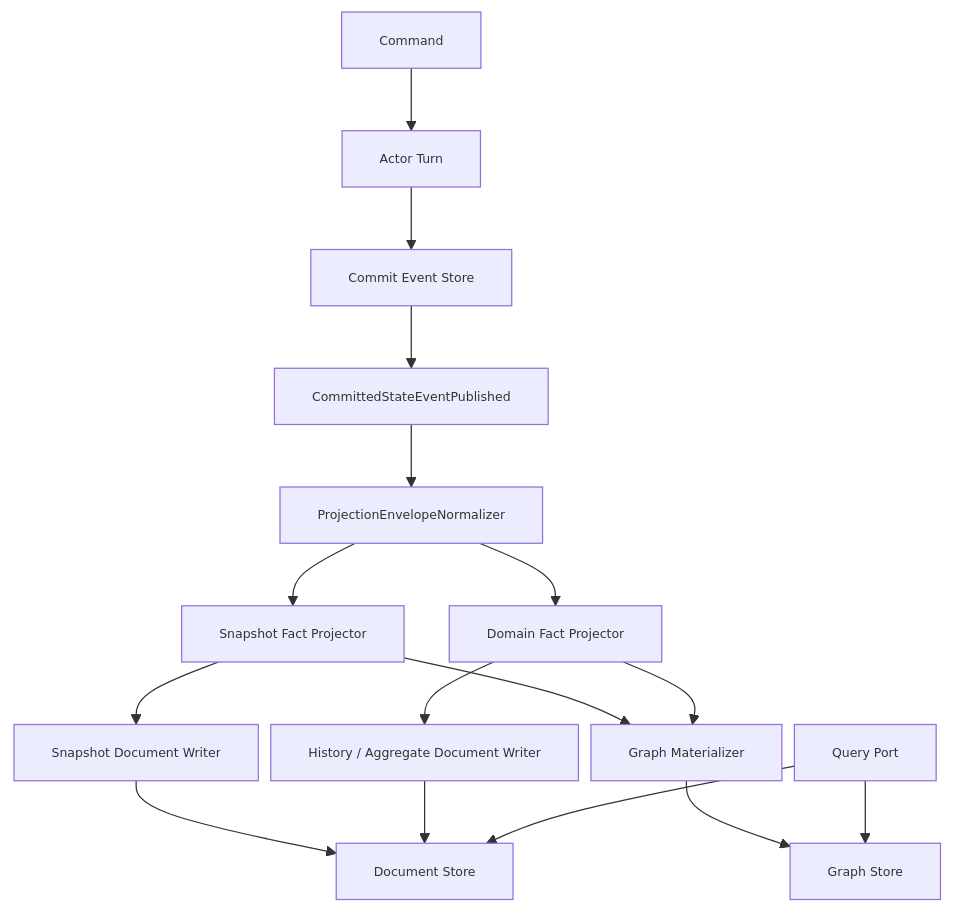
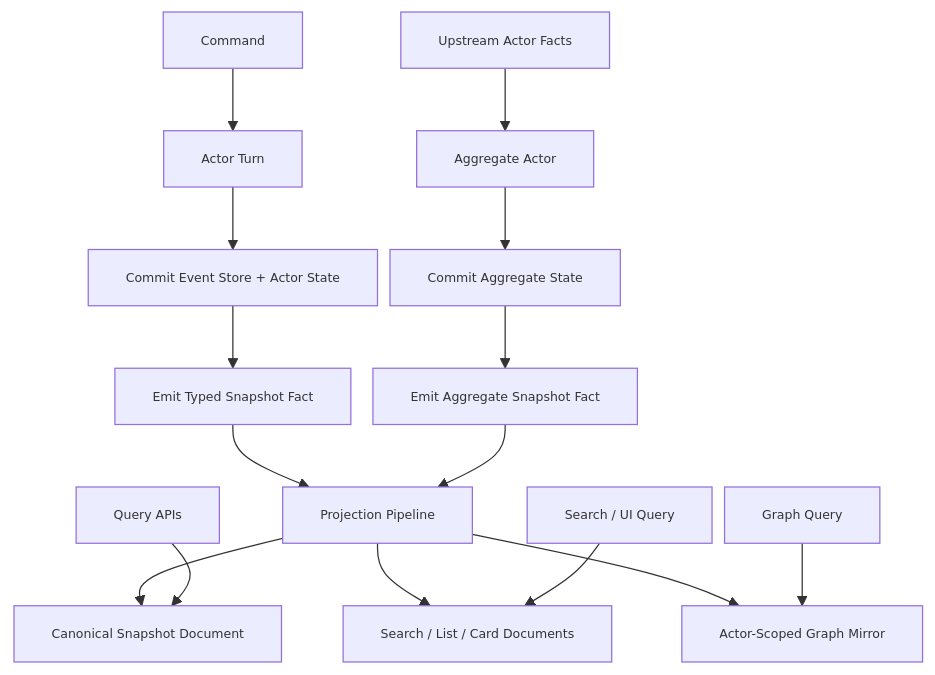
One commit to aevatarAI/aevatar changed the first of 3 diagrams in docs/architecture/2026-03-15-snapshot-fact-readmodel-refactor-implementation-blueprint.md. Above: the diagram before and after it, drawn with Mermaid. The commit also changed other lines of this file and 2 other files, not shown here.

First line of the commit message:
Refactor Actor-State Snapshot ReadModel Architecture and Guidelines

````diff
--- a/docs/architecture/2026-03-15-snapshot-fact-readmodel-refactor-implementation-blueprint.md
+++ b/docs/architecture/2026-03-15-snapshot-fact-readmodel-refactor-implementation-blueprint.md
@@ -121,23 +119,21 @@
 ```mermaid
 %%{init: {"maxTextSize": 100000, "flowchart": {"useMaxWidth": false, "nodeSpacing": 10, "rankSpacing": 50}, "themeVariables": {"fontSize": "10px"}}}%%
 flowchart TB
   C["Command"] --> A["Actor Turn"]
-  A --> E["Commit Event Store"]
-  E --> P["CommittedStateEventPublished"]
-  P --> N["ProjectionEnvelopeNormalizer"]
+  A --> ES["Commit Event Store + Actor State"]
+  ES --> SF["Emit Typed Snapshot Fact"]
+  SF --> PP["Projection Pipeline"]
 
-  N --> SF["Snapshot Fact Projector"]
-  N --> DF["Domain Fact Projector"]
+  PP --> D1["Canonical Snapshot Document"]
+  PP --> D2["Search / List / Card Documents"]
+  PP --> D3["Actor-Scoped Graph Mirror"]
 
-  SF --> SD["Snapshot Document Writer"]
-  DF --> HD["History / Aggregate Document Writer"]
-  SF --> GM["Graph Materializer"]
-  DF --> GM
+  Q1["Query APIs"] --> D1
+  Q2["Search / UI Query"] --> D2
+  Q3["Graph Query"] --> D3
 
-  SD --> DS["Document Store"]
-  HD --> DS
-  GM --> GS["Graph Store"]
-
-  Q["Query Port"] --> DS
-  Q --> GS
+  U["Upstream Actor Facts"] --> AA["Aggregate Actor"]
+  AA --> AES["Commit Aggregate State"]
+  AES --> ASF["Emit Aggregate Snapshot Fact"]
+  ASF --> PP
 ```
````
